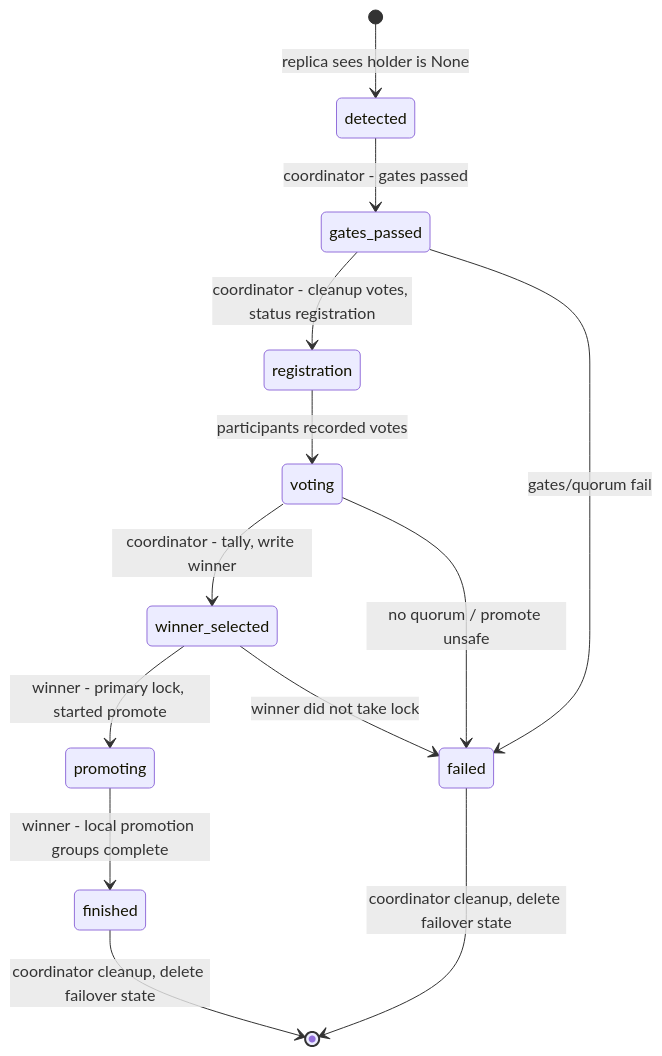
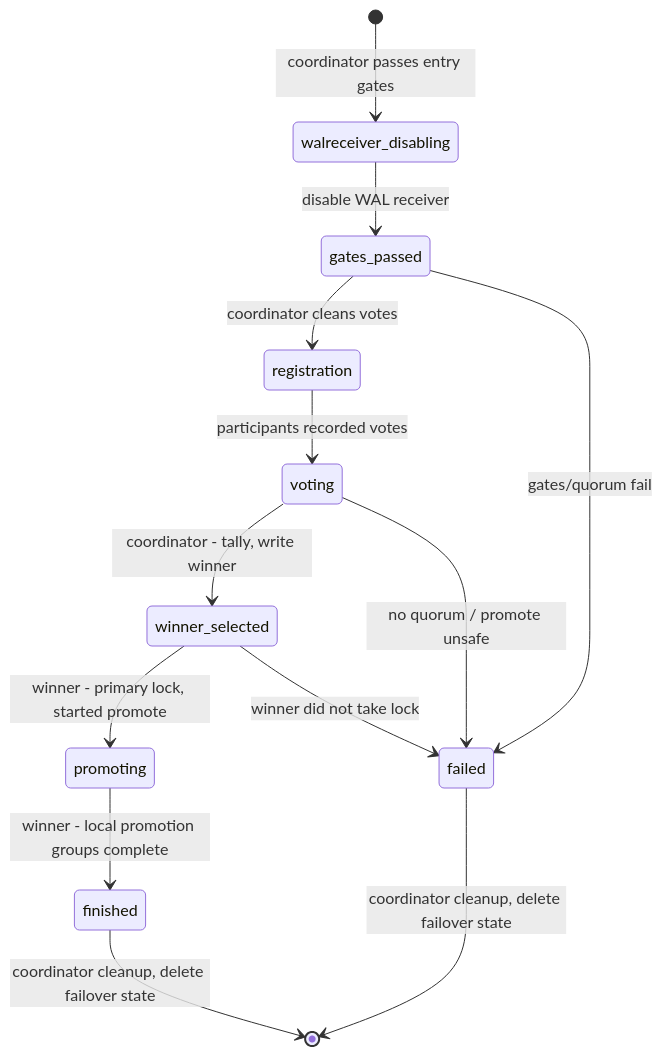
One commit to yandex/pgconsul changed the diagram in adr/ADR-0007-failover-state-machine.md. Above: the diagram before and after it, drawn with Mermaid. The commit also changed other lines of this file and 26 other files, not shown here.

````diff
--- a/adr/ADR-0007-failover-state-machine.md
+++ b/adr/ADR-0007-failover-state-machine.md
@@ -85,15 +87,15 @@
 ```mermaid
 stateDiagram-v2
-    [*] --> detected : replica sees holder is None
-    detected --> gates_passed : coordinator - gates passed
-    gates_passed --> registration : coordinator - cleanup votes, status registration
+    [*] --> walreceiver_disabling : coordinator passes entry gates
+    walreceiver_disabling --> gates_passed : disable WAL receiver
+    gates_passed --> registration : coordinator cleans votes
     registration --> voting : participants recorded votes
     voting --> winner_selected : coordinator - tally, write winner
     winner_selected --> promoting : winner - primary lock, started promote
     promoting --> finished : winner - local promotion groups complete
     finished --> [*] : coordinator cleanup, delete failover state
     gates_passed --> failed : gates/quorum fail
     voting --> failed : no quorum / promote unsafe
     winner_selected --> failed : winner did not take lock
     failed --> [*] : coordinator cleanup, delete failover state
 ```
````
